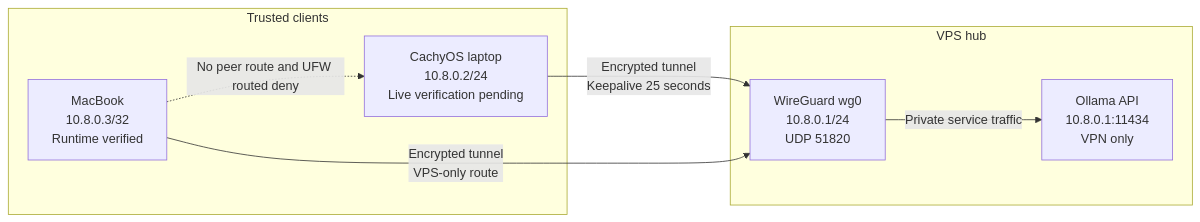
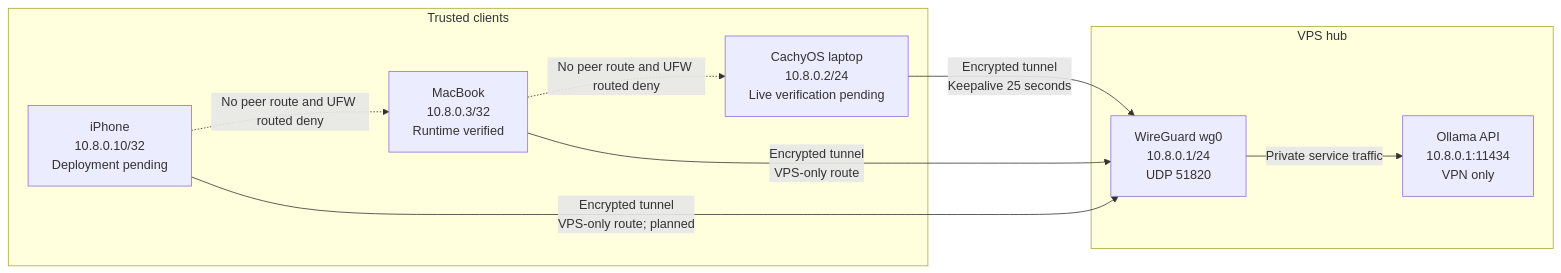
One commit to Manuel0516/zero-five-handbook changed the diagram in content/docs/vps/wireguard.mdx. Above: the diagram before and after it, drawn with Mermaid. The commit also changed other lines of this file and 7 other files, not shown here.

````diff
--- a/content/docs/vps/wireguard.mdx
+++ b/content/docs/vps/wireguard.mdx
@@ -13,17 +14,20 @@
 ```mermaid
 flowchart LR
     subgraph clients["Trusted clients"]
         cachyos["CachyOS laptop<br/>10.8.0.2/24<br/>Live verification pending"]
         macbook["MacBook<br/>10.8.0.3/32<br/>Runtime verified"]
+        iphone["iPhone<br/>10.8.0.10/32<br/>Deployment pending"]
     end
 
     subgraph vps["VPS hub"]
         wg["WireGuard wg0<br/>10.8.0.1/24<br/>UDP 51820"]
         ollama["Ollama API<br/>10.8.0.1:11434<br/>VPN only"]
     end
 
     cachyos -->|"Encrypted tunnel<br/>Keepalive 25 seconds"| wg
     macbook -->|"Encrypted tunnel<br/>VPS-only route"| wg
+    iphone -->|"Encrypted tunnel<br/>VPS-only route; planned"| wg
     wg -->|"Private service traffic"| ollama
     macbook -. "No peer route and UFW routed deny" .-> cachyos
+    iphone -. "No peer route and UFW routed deny" .-> macbook
 ```
````
